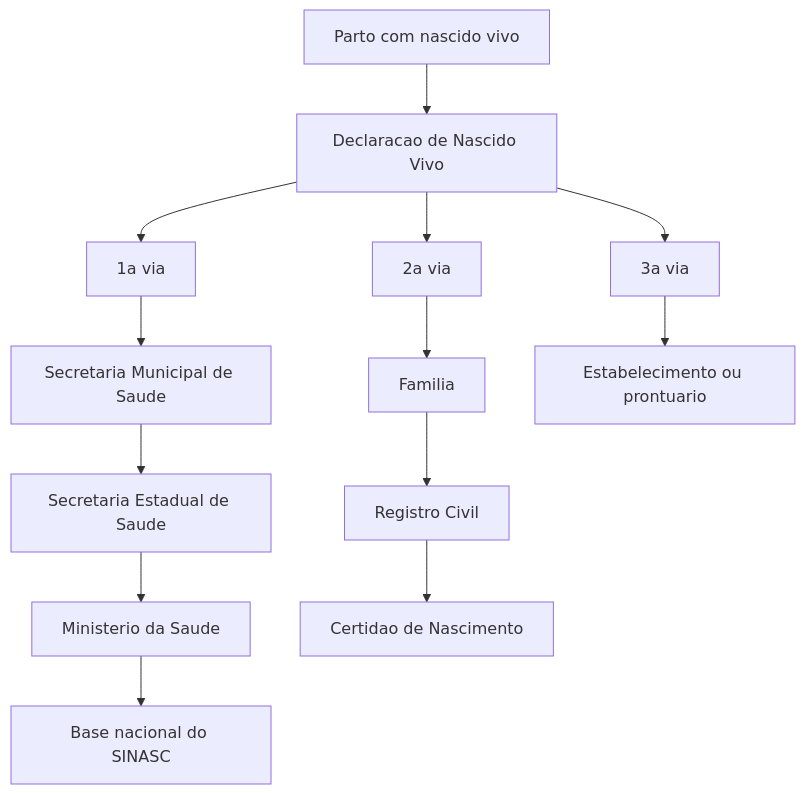
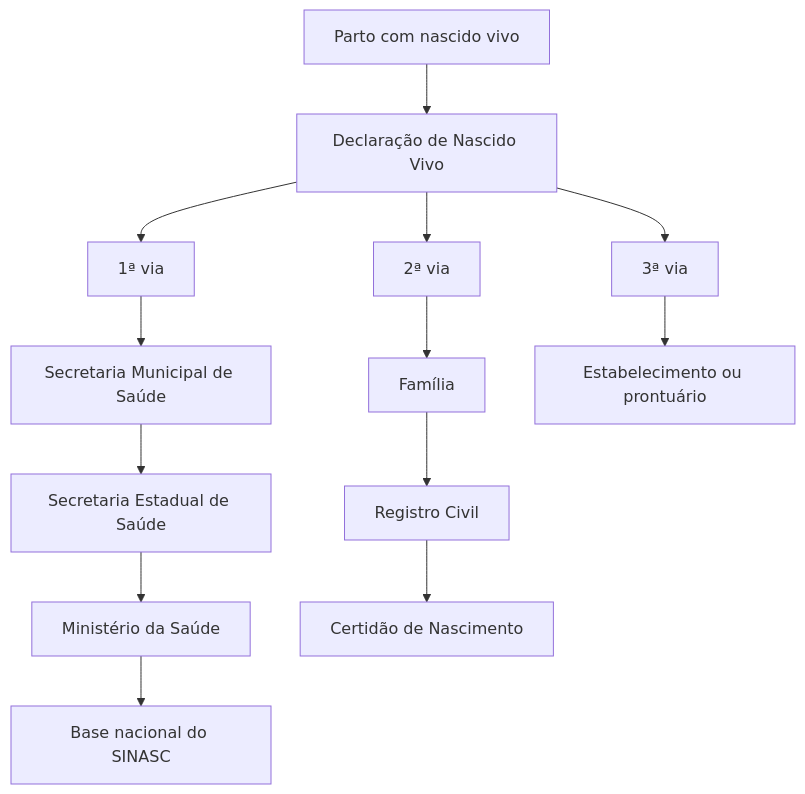
One commit to rfsaldanha/sis changed the diagram in sinasc.qmd. Above: the diagram before and after it, drawn with Mermaid. The commit also changed other lines of this file and 65 other files, not shown here.

````diff
--- a/sinasc.qmd
+++ b/sinasc.qmd
@@ -88,20 +88,20 @@
 ```{mermaid}
 %%| fig-cap: "Fluxo de emissão e destinação das vias da Declaração de Nascido Vivo"
 %%| label: fig-sinasc-dnv
 flowchart TD
-  parto[Parto com nascido vivo] --> dnv[Declaracao de Nascido Vivo]
-  dnv --> via1[1a via]
-  dnv --> via2[2a via]
-  dnv --> via3[3a via]
+  parto[Parto com nascido vivo] --> dnv[Declaração de Nascido Vivo]
+  dnv --> via1[1ª via]
+  dnv --> via2[2ª via]
+  dnv --> via3[3ª via]
 
-  via1 --> sms[Secretaria Municipal de Saude]
-  sms --> ses[Secretaria Estadual de Saude]
-  ses --> ms[Ministerio da Saude]
+  via1 --> sms[Secretaria Municipal de Saúde]
+  sms --> ses[Secretaria Estadual de Saúde]
+  ses --> ms[Ministério da Saúde]
   ms --> sinasc[Base nacional do SINASC]
 
-  via2 --> fam[Familia]
+  via2 --> fam[Família]
   fam --> rg[Registro Civil]
-  rg --> cert[Certidao de Nascimento]
+  rg --> cert[Certidão de Nascimento]
 
-  via3 --> es[Estabelecimento ou prontuario]
+  via3 --> es[Estabelecimento ou prontuário]
 ```
````
